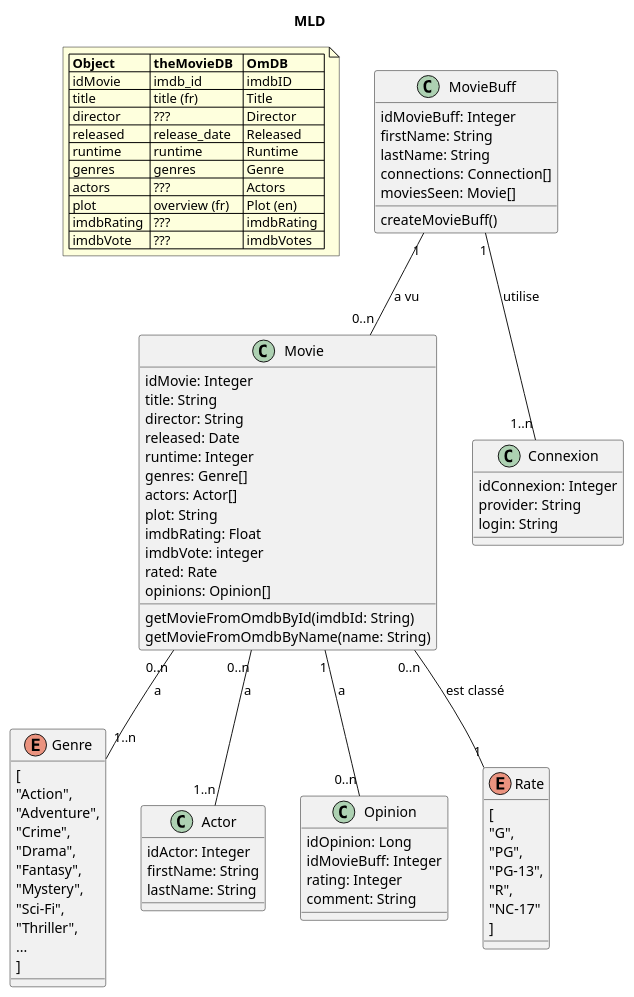
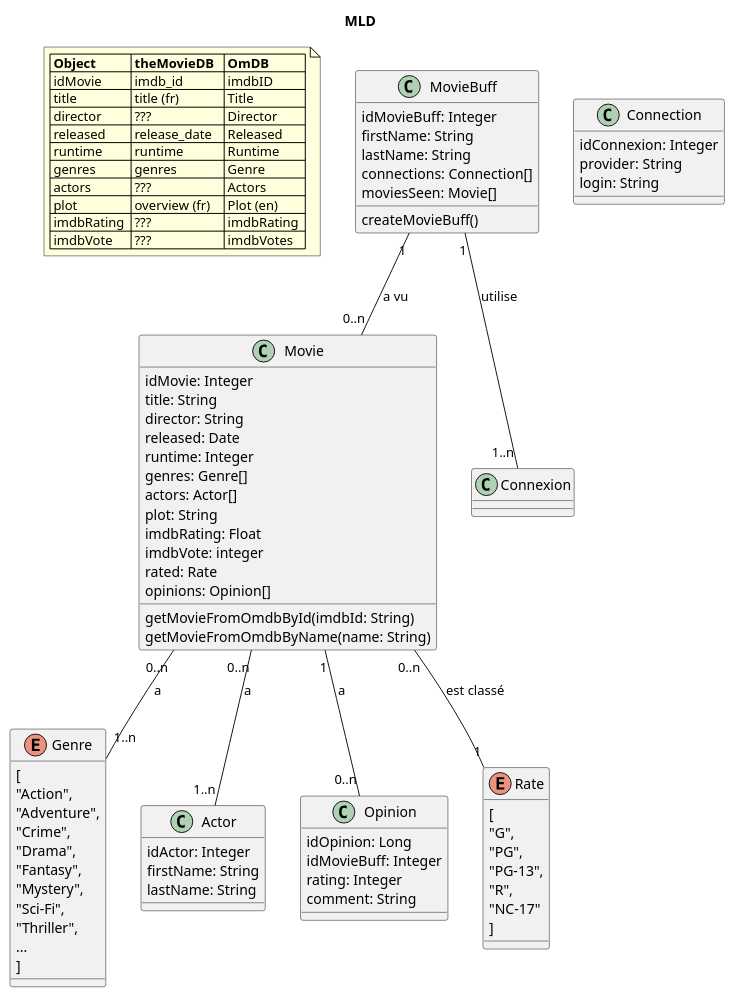
One commit to SylvainSimplonGit/red-thread changed the second of 2 diagrams in documentation/model.puml. Above: the diagram before and after it, drawn with PlantUML. The commit also changed 2 other files, not shown here.

```diff
--- a/documentation/model.puml
+++ b/documentation/model.puml
@@ -35,97 +35,97 @@
 @startuml
 title MLD
 
 note as Correspondence
   |= Object     |= theMovieDB   |= OmDB       |
   | idMovie     | imdb_id       | imdbID      |
   | title       | title (fr)    | Title       |
   | director    | ???           | Director    |
   | released    | release_date  | Released    |
   | runtime     | runtime       | Runtime     |
   | genres      | genres        | Genre       |
   | actors      | ???           | Actors      |
   | plot        | overview (fr) | Plot (en)   |
   | imdbRating  | ???           | imdbRating  |
   | imdbVote    | ???           | imdbVotes   |
 end note
 
 Movie                 "0..n" -- "1..n"     Genre : a
 Movie                 "0..n" -- "1..n"     Actor : a
 Movie                 "1"    -- "0..n"     Opinion : a
 Movie                 "0..n" -- "1"        Rate : est classé
 MovieBuff             "1"    -- "1..n"     Connexion : utilise
 MovieBuff             "1"    -- "0..n"     Movie : a vu
 
 class Movie {
   idMovie: Integer
   title: String
   director: String
   released: Date
   runtime: Integer
   genres: Genre[]
   actors: Actor[]
   plot: String
   imdbRating: Float
   imdbVote: integer
   rated: Rate
   opinions: Opinion[]
 
   getMovieFromOmdbById(imdbId: String)
   getMovieFromOmdbByName(name: String)
 }
 
 enum Genre {
   [
     "Action",
     "Adventure",
     "Crime",
     "Drama",
     "Fantasy",
     "Mystery",
     "Sci-Fi",
     "Thriller",
     ...
   ]
 }
 
 enum Rate {
   [
     "G",
     "PG",
     "PG-13",
     "R",
     "NC-17"
   ]
 }
 
 class Actor {
   idActor: Integer
   firstName: String
   lastName: String
 }
 
 class MovieBuff {
   idMovieBuff: Integer
   firstName: String
   lastName: String
   connections: Connection[] 
   moviesSeen: Movie[]
 
   createMovieBuff()
 
 }
 
-class Connexion {
+class Connection {
   idConnexion: Integer
   provider: String
   login: String
 }
 
 class Opinion {
   idOpinion: Long
   idMovieBuff: Integer
   rating: Integer
   comment: String
 }
 
 @enduml
```
